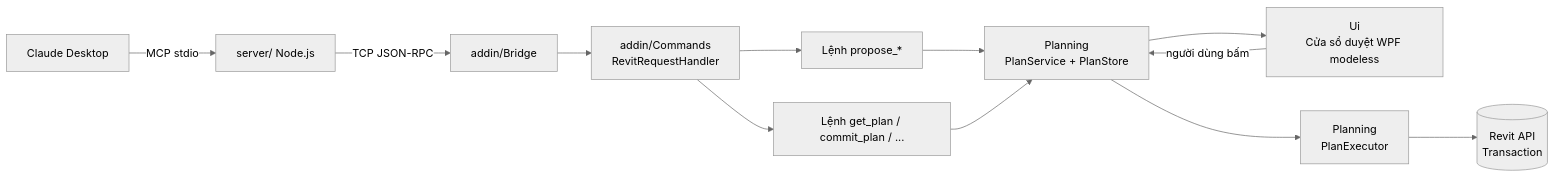
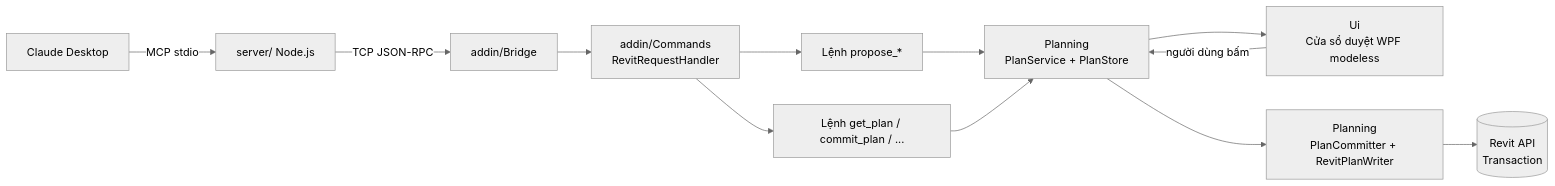
The first of 3 diagrams in docs/04-architecture.md (haivo088/261011_bimtech-revit-mcp), drawn with Mermaid (neutral theme) before and after one commit. The commit also changed other lines of this file and 20 other files, not shown here.

````diff
--- a/docs/04-architecture.md
+++ b/docs/04-architecture.md
@@ -28,14 +28,14 @@
 ```mermaid
 flowchart LR
     Claude[Claude Desktop] -- MCP stdio --> Server[server/ Node.js]
     Server -- TCP JSON-RPC --> Bridge[addin/Bridge]
     Bridge --> Handler[addin/Commands<br/>RevitRequestHandler]
     Handler --> Propose[Lệnh propose_*]
     Handler --> PlanCmds[Lệnh get_plan / commit_plan / ...]
     Propose --> Plans[Planning<br/>PlanService + PlanStore]
     PlanCmds --> Plans
     Plans --> Review[Ui<br/>Cửa sổ duyệt WPF modeless]
-    Plans --> Executor[Planning<br/>PlanExecutor]
+    Plans --> Executor[Planning<br/>PlanCommitter + RevitPlanWriter]
     Executor --> Revit[(Revit API<br/>Transaction)]
     Review -- người dùng bấm --> Plans
 ```
````
